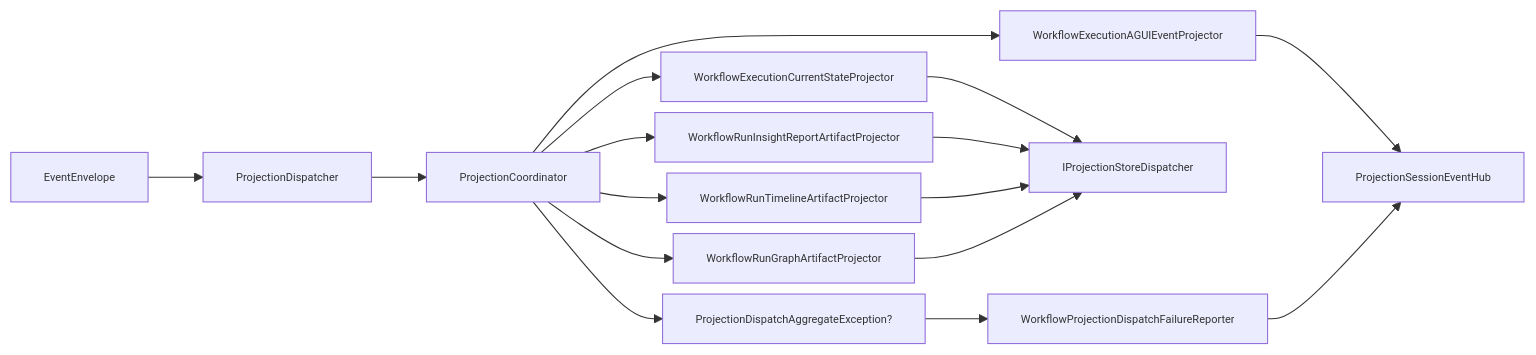
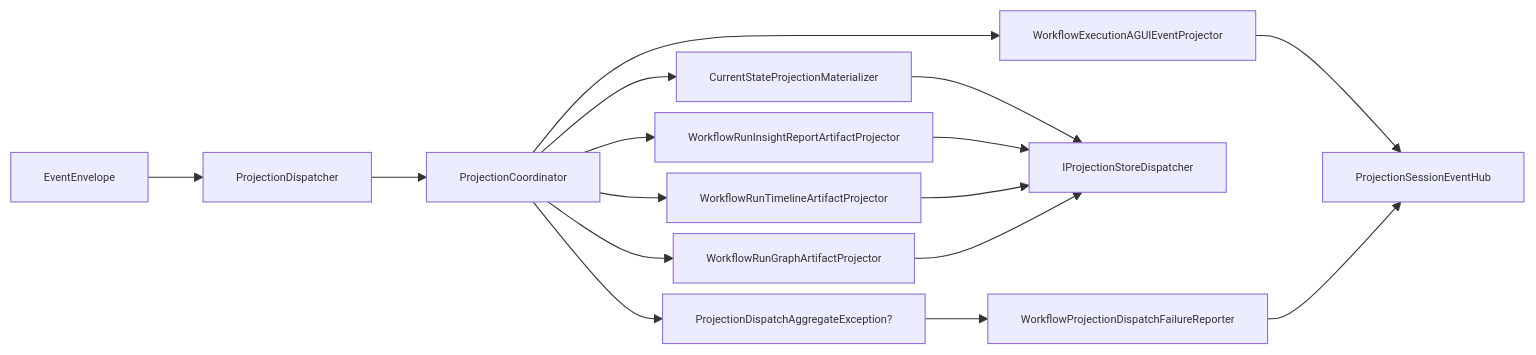
One commit to aevatarAI/aevatar changed the fourth of 5 diagrams in docs/canon/llm-streaming.md. Above: the diagram before and after it, drawn with Mermaid. The commit also changed other lines of this file and 16 other files, not shown here.

Commit message:
Refactor current-state projection helper

````diff
--- a/docs/canon/llm-streaming.md
+++ b/docs/canon/llm-streaming.md
@@ -237,19 +237,19 @@
 ```mermaid
 %%{init: {"maxTextSize": 100000, "flowchart": {"useMaxWidth": false, "nodeSpacing": 10, "rankSpacing": 50}, "themeVariables": {"fontSize": "10px"}}}%%
 flowchart LR
     EV["EventEnvelope"] --> DIS["ProjectionDispatcher"]
     DIS --> CO["ProjectionCoordinator"]
-    CO --> P1["WorkflowExecutionCurrentStateProjector"]
+    CO --> P1["CurrentStateProjectionMaterializer"]
     CO --> P2["WorkflowRunInsightReportArtifactProjector"]
     CO --> P3["WorkflowRunTimelineArtifactProjector"]
     CO --> P4["WorkflowRunGraphArtifactProjector"]
     CO --> P5["WorkflowExecutionAGUIEventProjector"]
     P1 --> STORE["IProjectionStoreDispatcher"]
     P2 --> STORE
     P3 --> STORE
     P4 --> STORE
     P5 --> HUB["ProjectionSessionEventHub"]
     CO --> AGG["ProjectionDispatchAggregateException?"]
     AGG --> REP["WorkflowProjectionDispatchFailureReporter"]
     REP --> HUB
 ```
````
